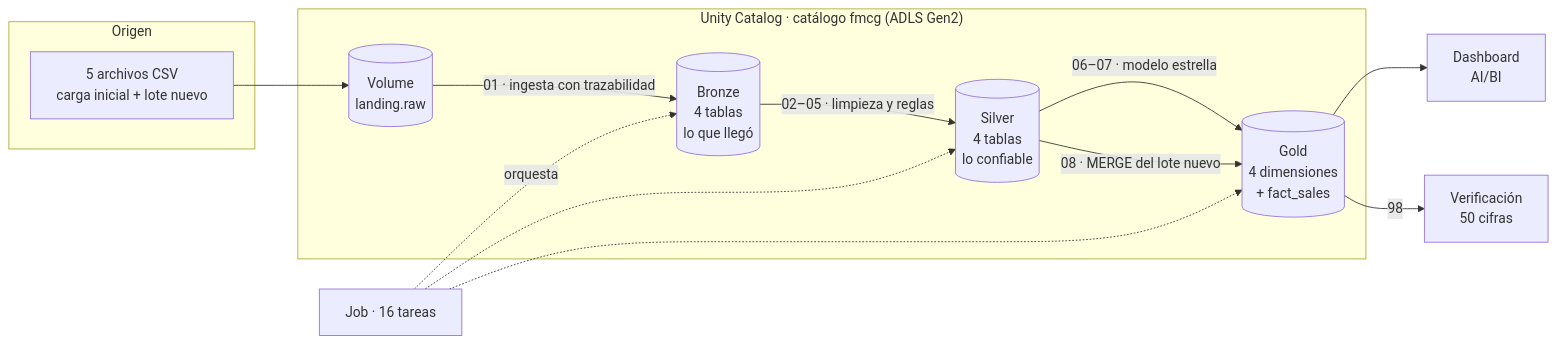
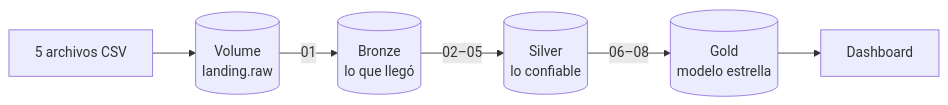
Before and after one commit to manuel-arguelles-ai/fmcg-medallion-lakehouse-azure: the first of 2 diagrams in README.md, drawn with Mermaid. The commit also changed other lines of this file and 1 other file, not shown here.

Commit message:
Diagrama de arquitectura más legible

````diff
--- a/README.md
+++ b/README.md
@@ -40,24 +40,8 @@
 ```mermaid
 flowchart LR
-    subgraph Origen
-        CSV["5 archivos CSV<br/>carga inicial + lote nuevo"]
-    end
-    subgraph UC["Unity Catalog · catálogo fmcg (ADLS Gen2)"]
-        V[("Volume<br/>landing.raw")]
-        B[("Bronze<br/>4 tablas<br/>lo que llegó")]
-        S[("Silver<br/>4 tablas<br/>lo confiable")]
-        G[("Gold<br/>4 dimensiones<br/>+ fact_sales")]
-    end
-    D["Dashboard<br/>AI/BI"]
-    Q["Verificación<br/>50 cifras"]
-    CSV --> V
-    V -->|"01 · ingesta con trazabilidad"| B
-    B -->|"02–05 · limpieza y reglas"| S
-    S -->|"06–07 · modelo estrella"| G
-    S -->|"08 · MERGE del lote nuevo"| G
-    G --> D
-    G -->|"98"| Q
-    J["Job · 16 tareas"] -. orquesta .-> B
-    J -.-> S
-    J -.-> G
+    CSV["5 archivos CSV"] --> V[("Volume<br/>landing.raw")]
+    V -- "01" --> B[("Bronze<br/>lo que llegó")]
+    B -- "02–05" --> S[("Silver<br/>lo confiable")]
+    S -- "06–08" --> G[("Gold<br/>modelo estrella")]
+    G --> D["Dashboard"]
 ```
````
